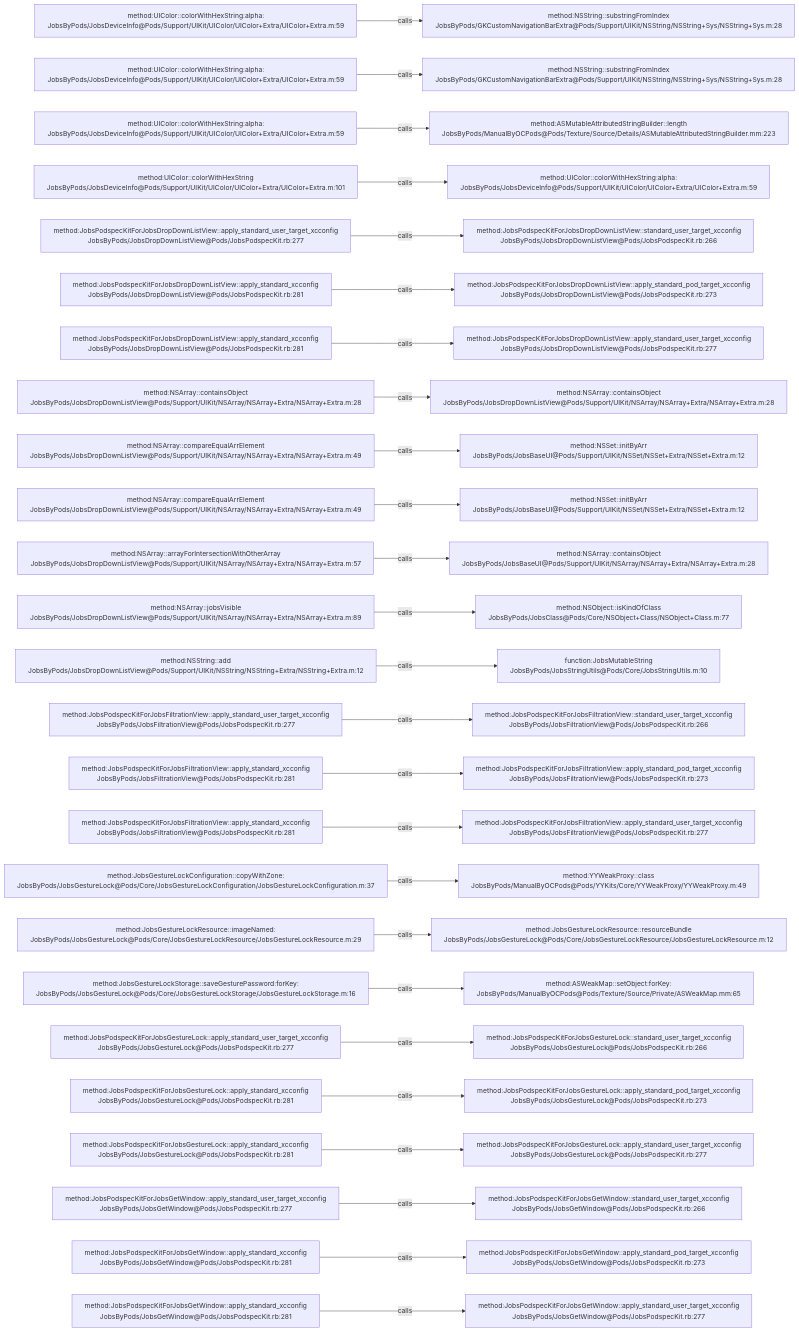
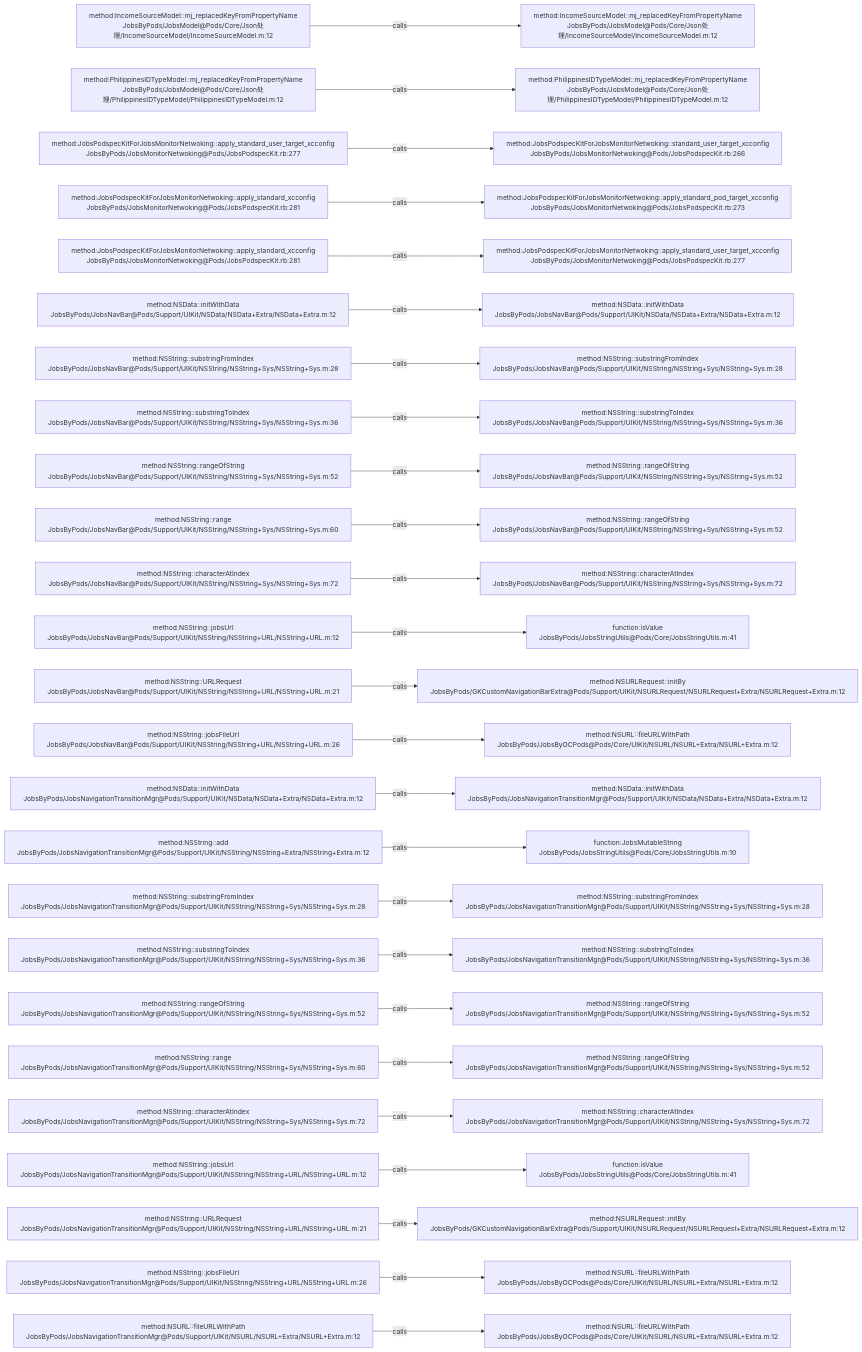
One commit to JobsKits/JobsOCBaseConfigDemo changed the diagram in .codegraph/codegraph.md/graphs/calls-012.md. Above: the diagram before and after it, drawn with Mermaid. The commit also changed 1223 other files, not shown here.

````diff
--- a/.codegraph/codegraph.md/graphs/calls-012.md
+++ b/.codegraph/codegraph.md/graphs/calls-012.md
@@ -13,78 +13,78 @@
 ```mermaid
 flowchart LR
-  S1["method:UIColor::colorWithHexString:alpha:<br/>JobsByPods/JobsDeviceInfo@Pods/Support/UIKit/UIColor/UIColor+Extra/UIColor+Extra.m:59"]
-  T1["method:NSString::substringFromIndex<br/>JobsByPods/GKCustomNavigationBarExtra@Pods/Support/UIKit/NSString/NSString+Sys/NSString+Sys.m:28"]
+  S1["method:IncomeSourceModel::mj_replacedKeyFromPropertyName<br/>JobsByPods/JobsModel@Pods/Core/Json处理/IncomeSourceModel/IncomeSourceModel.m:12"]
+  T1["method:IncomeSourceModel::mj_replacedKeyFromPropertyName<br/>JobsByPods/JobsModel@Pods/Core/Json处理/IncomeSourceModel/IncomeSourceModel.m:12"]
   S1 -->|calls| T1
-  S2["method:UIColor::colorWithHexString:alpha:<br/>JobsByPods/JobsDeviceInfo@Pods/Support/UIKit/UIColor/UIColor+Extra/UIColor+Extra.m:59"]
-  T2["method:NSString::substringFromIndex<br/>JobsByPods/GKCustomNavigationBarExtra@Pods/Support/UIKit/NSString/NSString+Sys/NSString+Sys.m:28"]
+  S2["method:PhilippinesIDTypeModel::mj_replacedKeyFromPropertyName<br/>JobsByPods/JobsModel@Pods/Core/Json处理/PhilippinesIDTypeModel/PhilippinesIDTypeModel.m:12"]
+  T2["method:PhilippinesIDTypeModel::mj_replacedKeyFromPropertyName<br/>JobsByPods/JobsModel@Pods/Core/Json处理/PhilippinesIDTypeModel/PhilippinesIDTypeModel.m:12"]
   S2 -->|calls| T2
-  S3["method:UIColor::colorWithHexString:alpha:<br/>JobsByPods/JobsDeviceInfo@Pods/Support/UIKit/UIColor/UIColor+Extra/UIColor+Extra.m:59"]
-  T3["method:ASMutableAttributedStringBuilder::length<br/>JobsByPods/ManualByOCPods@Pods/Texture/Source/Details/ASMutableAttributedStringBuilder.mm:223"]
+  S3["method:JobsPodspecKitForJobsMonitorNetwoking::apply_standard_user_target_xcconfig<br/>JobsByPods/JobsMonitorNetwoking@Pods/JobsPodspecKit.rb:277"]
+  T3["method:JobsPodspecKitForJobsMonitorNetwoking::standard_user_target_xcconfig<br/>JobsByPods/JobsMonitorNetwoking@Pods/JobsPodspecKit.rb:266"]
   S3 -->|calls| T3
-  S4["method:UIColor::colorWithHexString<br/>JobsByPods/JobsDeviceInfo@Pods/Support/UIKit/UIColor/UIColor+Extra/UIColor+Extra.m:101"]
-  T4["method:UIColor::colorWithHexString:alpha:<br/>JobsByPods/JobsDeviceInfo@Pods/Support/UIKit/UIColor/UIColor+Extra/UIColor+Extra.m:59"]
+  S4["method:JobsPodspecKitForJobsMonitorNetwoking::apply_standard_xcconfig<br/>JobsByPods/JobsMonitorNetwoking@Pods/JobsPodspecKit.rb:281"]
+  T4["method:JobsPodspecKitForJobsMonitorNetwoking::apply_standard_pod_target_xcconfig<br/>JobsByPods/JobsMonitorNetwoking@Pods/JobsPodspecKit.rb:273"]
   S4 -->|calls| T4
-  S5["method:JobsPodspecKitForJobsDropDownListView::apply_standard_user_target_xcconfig<br/>JobsByPods/JobsDropDownListView@Pods/JobsPodspecKit.rb:277"]
-  T5["method:JobsPodspecKitForJobsDropDownListView::standard_user_target_xcconfig<br/>JobsByPods/JobsDropDownListView@Pods/JobsPodspecKit.rb:266"]
+  S5["method:JobsPodspecKitForJobsMonitorNetwoking::apply_standard_xcconfig<br/>JobsByPods/JobsMonitorNetwoking@Pods/JobsPodspecKit.rb:281"]
+  T5["method:JobsPodspecKitForJobsMonitorNetwoking::apply_standard_user_target_xcconfig<br/>JobsByPods/JobsMonitorNetwoking@Pods/JobsPodspecKit.rb:277"]
   S5 -->|calls| T5
-  S6["method:JobsPodspecKitForJobsDropDownListView::apply_standard_xcconfig<br/>JobsByPods/JobsDropDownListView@Pods/JobsPodspecKit.rb:281"]
-  T6["method:JobsPodspecKitForJobsDropDownListView::apply_standard_pod_target_xcconfig<br/>JobsByPods/JobsDropDownListView@Pods/JobsPodspecKit.rb:273"]
+  S6["method:NSData::initWithData<br/>JobsByPods/JobsNavBar@Pods/Support/UIKit/NSData/NSData+Extra/NSData+Extra.m:12"]
+  T6["method:NSData::initWithData<br/>JobsByPods/JobsNavBar@Pods/Support/UIKit/NSData/NSData+Extra/NSData+Extra.m:12"]
   S6 -->|calls| T6
-  S7["method:JobsPodspecKitForJobsDropDownListView::apply_standard_xcconfig<br/>JobsByPods/JobsDropDownListView@Pods/JobsPodspecKit.rb:281"]
-  T7["method:JobsPodspecKitForJobsDropDownListView::apply_standard_user_target_xcconfig<br/>JobsByPods/JobsDropDownListView@Pods/JobsPodspecKit.rb:277"]
+  S7["method:NSString::substringFromIndex<br/>JobsByPods/JobsNavBar@Pods/Support/UIKit/NSString/NSString+Sys/NSString+Sys.m:28"]
+  T7["method:NSString::substringFromIndex<br/>JobsByPods/JobsNavBar@Pods/Support/UIKit/NSString/NSString+Sys/NSString+Sys.m:28"]
   S7 -->|calls| T7
-  S8["method:NSArray::containsObject<br/>JobsByPods/JobsDropDownListView@Pods/Support/UIKit/NSArray/NSArray+Extra/NSArray+Extra.m:28"]
-  T8["method:NSArray::containsObject<br/>JobsByPods/JobsDropDownListView@Pods/Support/UIKit/NSArray/NSArray+Extra/NSArray+Extra.m:28"]
+  S8["method:NSString::substringToIndex<br/>JobsByPods/JobsNavBar@Pods/Support/UIKit/NSString/NSString+Sys/NSString+Sys.m:36"]
+  T8["method:NSString::substringToIndex<br/>JobsByPods/JobsNavBar@Pods/Support/UIKit/NSString/NSString+Sys/NSString+Sys.m:36"]
   S8 -->|calls| T8
-  S9["method:NSArray::compareEqualArrElement<br/>JobsByPods/JobsDropDownListView@Pods/Support/UIKit/NSArray/NSArray+Extra/NSArray+Extra.m:49"]
-  T9["method:NSSet::initByArr<br/>JobsByPods/JobsBaseUI@Pods/Support/UIKit/NSSet/NSSet+Extra/NSSet+Extra.m:12"]
+  S9["method:NSString::rangeOfString<br/>JobsByPods/JobsNavBar@Pods/Support/UIKit/NSString/NSString+Sys/NSString+Sys.m:52"]
+  T9["method:NSString::rangeOfString<br/>JobsByPods/JobsNavBar@Pods/Support/UIKit/NSString/NSString+Sys/NSString+Sys.m:52"]
   S9 -->|calls| T9
-  S10["method:NSArray::compareEqualArrElement<br/>JobsByPods/JobsDropDownListView@Pods/Support/UIKit/NSArray/NSArray+Extra/NSArray+Extra.m:49"]
-  T10["method:NSSet::initByArr<br/>JobsByPods/JobsBaseUI@Pods/Support/UIKit/NSSet/NSSet+Extra/NSSet+Extra.m:12"]
+  S10["method:NSString::range<br/>JobsByPods/JobsNavBar@Pods/Support/UIKit/NSString/NSString+Sys/NSString+Sys.m:60"]
+  T10["method:NSString::rangeOfString<br/>JobsByPods/JobsNavBar@Pods/Support/UIKit/NSString/NSString+Sys/NSString+Sys.m:52"]
   S10 -->|calls| T10
-  S11["method:NSArray::arrayForIntersectionWithOtherArray<br/>JobsByPods/JobsDropDownListView@Pods/Support/UIKit/NSArray/NSArray+Extra/NSArray+Extra.m:57"]
-  T11["method:NSArray::containsObject<br/>JobsByPods/JobsBaseUI@Pods/Support/UIKit/NSArray/NSArray+Extra/NSArray+Extra.m:28"]
+  S11["method:NSString::characterAtIndex<br/>JobsByPods/JobsNavBar@Pods/Support/UIKit/NSString/NSString+Sys/NSString+Sys.m:72"]
+  T11["method:NSString::characterAtIndex<br/>JobsByPods/JobsNavBar@Pods/Support/UIKit/NSString/NSString+Sys/NSString+Sys.m:72"]
   S11 -->|calls| T11
-  S12["method:NSArray::jobsVisible<br/>JobsByPods/JobsDropDownListView@Pods/Support/UIKit/NSArray/NSArray+Extra/NSArray+Extra.m:89"]
-  T12["method:NSObject::isKindOfClass<br/>JobsByPods/JobsClass@Pods/Core/NSObject+Class/NSObject+Class.m:77"]
+  S12["method:NSString::jobsUrl<br/>JobsByPods/JobsNavBar@Pods/Support/UIKit/NSString/NSString+URL/NSString+URL.m:12"]
+  T12["function:isValue<br/>JobsByPods/JobsStringUtils@Pods/Core/JobsStringUtils.m:41"]
   S12 -->|calls| T12
-  S13["method:NSString::add<br/>JobsByPods/JobsDropDownListView@Pods/Support/UIKit/NSString/NSString+Extra/NSString+Extra.m:12"]
-  T13["function:JobsMutableString<br/>JobsByPods/JobsStringUtils@Pods/Core/JobsStringUtils.m:10"]
+  S13["method:NSString::URLRequest<br/>JobsByPods/JobsNavBar@Pods/Support/UIKit/NSString/NSString+URL/NSString+URL.m:21"]
+  T13["method:NSURLRequest::initBy<br/>JobsByPods/GKCustomNavigationBarExtra@Pods/Support/UIKit/NSURLRequest/NSURLRequest+Extra/NSURLRequest+Extra.m:12"]
   S13 -->|calls| T13
-  S14["method:JobsPodspecKitForJobsFiltrationView::apply_standard_user_target_xcconfig<br/>JobsByPods/JobsFiltrationView@Pods/JobsPodspecKit.rb:277"]
-  T14["method:JobsPodspecKitForJobsFiltrationView::standard_user_target_xcconfig<br/>JobsByPods/JobsFiltrationView@Pods/JobsPodspecKit.rb:266"]
+  S14["method:NSString::jobsFileUrl<br/>JobsByPods/JobsNavBar@Pods/Support/UIKit/NSString/NSString+URL/NSString+URL.m:26"]
+  T14["method:NSURL::fileURLWithPath<br/>JobsByPods/JobsByOCPods@Pods/Core/UIKit/NSURL/NSURL+Extra/NSURL+Extra.m:12"]
   S14 -->|calls| T14
-  S15["method:JobsPodspecKitForJobsFiltrationView::apply_standard_xcconfig<br/>JobsByPods/JobsFiltrationView@Pods/JobsPodspecKit.rb:281"]
-  T15["method:JobsPodspecKitForJobsFiltrationView::apply_standard_pod_target_xcconfig<br/>JobsByPods/JobsFiltrationView@Pods/JobsPodspecKit.rb:273"]
+  S15["method:NSData::initWithData<br/>JobsByPods/JobsNavigationTransitionMgr@Pods/Support/UIKit/NSData/NSData+Extra/NSData+Extra.m:12"]
+  T15["method:NSData::initWithData<br/>JobsByPods/JobsNavigationTransitionMgr@Pods/Support/UIKit/NSData/NSData+Extra/NSData+Extra.m:12"]
   S15 -->|calls| T15
-  S16["method:JobsPodspecKitForJobsFiltrationView::apply_standard_xcconfig<br/>JobsByPods/JobsFiltrationView@Pods/JobsPodspecKit.rb:281"]
-  T16["method:JobsPodspecKitForJobsFiltrationView::apply_standard_user_target_xcconfig<br/>JobsByPods/JobsFiltrationView@Pods/JobsPodspecKit.rb:277"]
+  S16["method:NSString::add<br/>JobsByPods/JobsNavigationTransitionMgr@Pods/Support/UIKit/NSString/NSString+Extra/NSString+Extra.m:12"]
+  T16["function:JobsMutableString<br/>JobsByPods/JobsStringUtils@Pods/Core/JobsStringUtils.m:10"]
   S16 -->|calls| T16
-  S17["method:JobsGestureLockConfiguration::copyWithZone:<br/>JobsByPods/JobsGestureLock@Pods/Core/JobsGestureLockConfiguration/JobsGestureLockConfiguration.m:37"]
-  T17["method:YYWeakProxy::class<br/>JobsByPods/ManualByOCPods@Pods/YYKits/Core/YYWeakProxy/YYWeakProxy.m:49"]
+  S17["method:NSString::substringFromIndex<br/>JobsByPods/JobsNavigationTransitionMgr@Pods/Support/UIKit/NSString/NSString+Sys/NSString+Sys.m:28"]
+  T17["method:NSString::substringFromIndex<br/>JobsByPods/JobsNavigationTransitionMgr@Pods/Support/UIKit/NSString/NSString+Sys/NSString+Sys.m:28"]
   S17 -->|calls| T17
-  S18["method:JobsGestureLockResource::imageNamed:<br/>JobsByPods/JobsGestureLock@Pods/Core/JobsGestureLockResource/JobsGestureLockResource.m:29"]
-  T18["method:JobsGestureLockResource::resourceBundle<br/>JobsByPods/JobsGestureLock@Pods/Core/JobsGestureLockResource/JobsGestureLockResource.m:12"]
+  S18["method:NSString::substringToIndex<br/>JobsByPods/JobsNavigationTransitionMgr@Pods/Support/UIKit/NSString/NSString+Sys/NSString+Sys.m:36"]
+  T18["method:NSString::substringToIndex<br/>JobsByPods/JobsNavigationTransitionMgr@Pods/Support/UIKit/NSString/NSString+Sys/NSString+Sys.m:36"]
   S18 -->|calls| T18
-  S19["method:JobsGestureLockStorage::saveGesturePassword:forKey:<br/>JobsByPods/JobsGestureLock@Pods/Core/JobsGestureLockStorage/JobsGestureLockStorage.m:16"]
-  T19["method:ASWeakMap::setObject:forKey:<br/>JobsByPods/ManualByOCPods@Pods/Texture/Source/Private/ASWeakMap.mm:65"]
+  S19["method:NSString::rangeOfString<br/>JobsByPods/JobsNavigationTransitionMgr@Pods/Support/UIKit/NSString/NSString+Sys/NSString+Sys.m:52"]
+  T19["method:NSString::rangeOfString<br/>JobsByPods/JobsNavigationTransitionMgr@Pods/Support/UIKit/NSString/NSString+Sys/NSString+Sys.m:52"]
   S19 -->|calls| T19
-  S20["method:JobsPodspecKitForJobsGestureLock::apply_standard_user_target_xcconfig<br/>JobsByPods/JobsGestureLock@Pods/JobsPodspecKit.rb:277"]
-  T20["method:JobsPodspecKitForJobsGestureLock::standard_user_target_xcconfig<br/>JobsByPods/JobsGestureLock@Pods/JobsPodspecKit.rb:266"]
+  S20["method:NSString::range<br/>JobsByPods/JobsNavigationTransitionMgr@Pods/Support/UIKit/NSString/NSString+Sys/NSString+Sys.m:60"]
+  T20["method:NSString::rangeOfString<br/>JobsByPods/JobsNavigationTransitionMgr@Pods/Support/UIKit/NSString/NSString+Sys/NSString+Sys.m:52"]
   S20 -->|calls| T20
-  S21["method:JobsPodspecKitForJobsGestureLock::apply_standard_xcconfig<br/>JobsByPods/JobsGestureLock@Pods/JobsPodspecKit.rb:281"]
-  T21["method:JobsPodspecKitForJobsGestureLock::apply_standard_pod_target_xcconfig<br/>JobsByPods/JobsGestureLock@Pods/JobsPodspecKit.rb:273"]
+  S21["method:NSString::characterAtIndex<br/>JobsByPods/JobsNavigationTransitionMgr@Pods/Support/UIKit/NSString/NSString+Sys/NSString+Sys.m:72"]
+  T21["method:NSString::characterAtIndex<br/>JobsByPods/JobsNavigationTransitionMgr@Pods/Support/UIKit/NSString/NSString+Sys/NSString+Sys.m:72"]
   S21 -->|calls| T21
-  S22["method:JobsPodspecKitForJobsGestureLock::apply_standard_xcconfig<br/>JobsByPods/JobsGestureLock@Pods/JobsPodspecKit.rb:281"]
-  T22["method:JobsPodspecKitForJobsGestureLock::apply_standard_user_target_xcconfig<br/>JobsByPods/JobsGestureLock@Pods/JobsPodspecKit.rb:277"]
+  S22["method:NSString::jobsUrl<br/>JobsByPods/JobsNavigationTransitionMgr@Pods/Support/UIKit/NSString/NSString+URL/NSString+URL.m:12"]
+  T22["function:isValue<br/>JobsByPods/JobsStringUtils@Pods/Core/JobsStringUtils.m:41"]
   S22 -->|calls| T22
-  S23["method:JobsPodspecKitForJobsGetWindow::apply_standard_user_target_xcconfig<br/>JobsByPods/JobsGetWindow@Pods/JobsPodspecKit.rb:277"]
-  T23["method:JobsPodspecKitForJobsGetWindow::standard_user_target_xcconfig<br/>JobsByPods/JobsGetWindow@Pods/JobsPodspecKit.rb:266"]
+  S23["method:NSString::URLRequest<br/>JobsByPods/JobsNavigationTransitionMgr@Pods/Support/UIKit/NSString/NSString+URL/NSString+URL.m:21"]
+  T23["method:NSURLRequest::initBy<br/>JobsByPods/GKCustomNavigationBarExtra@Pods/Support/UIKit/NSURLRequest/NSURLRequest+Extra/NSURLRequest+Extra.m:12"]
   S23 -->|calls| T23
-  S24["method:JobsPodspecKitForJobsGetWindow::apply_standard_xcconfig<br/>JobsByPods/JobsGetWindow@Pods/JobsPodspecKit.rb:281"]
-  T24["method:JobsPodspecKitForJobsGetWindow::apply_standard_pod_target_xcconfig<br/>JobsByPods/JobsGetWindow@Pods/JobsPodspecKit.rb:273"]
+  S24["method:NSString::jobsFileUrl<br/>JobsByPods/JobsNavigationTransitionMgr@Pods/Support/UIKit/NSString/NSString+URL/NSString+URL.m:26"]
+  T24["method:NSURL::fileURLWithPath<br/>JobsByPods/JobsByOCPods@Pods/Core/UIKit/NSURL/NSURL+Extra/NSURL+Extra.m:12"]
   S24 -->|calls| T24
-  S25["method:JobsPodspecKitForJobsGetWindow::apply_standard_xcconfig<br/>JobsByPods/JobsGetWindow@Pods/JobsPodspecKit.rb:281"]
-  T25["method:JobsPodspecKitForJobsGetWindow::apply_standard_user_target_xcconfig<br/>JobsByPods/JobsGetWindow@Pods/JobsPodspecKit.rb:277"]
+  S25["method:NSURL::fileURLWithPath<br/>JobsByPods/JobsNavigationTransitionMgr@Pods/Support/UIKit/NSURL/NSURL+Extra/NSURL+Extra.m:12"]
+  T25["method:NSURL::fileURLWithPath<br/>JobsByPods/JobsByOCPods@Pods/Core/UIKit/NSURL/NSURL+Extra/NSURL+Extra.m:12"]
   S25 -->|calls| T25
 ```
````
